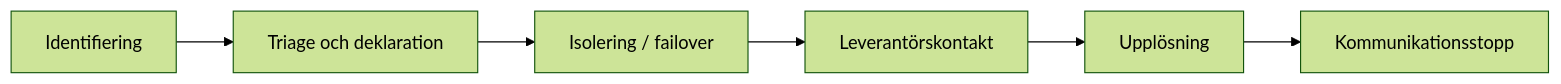
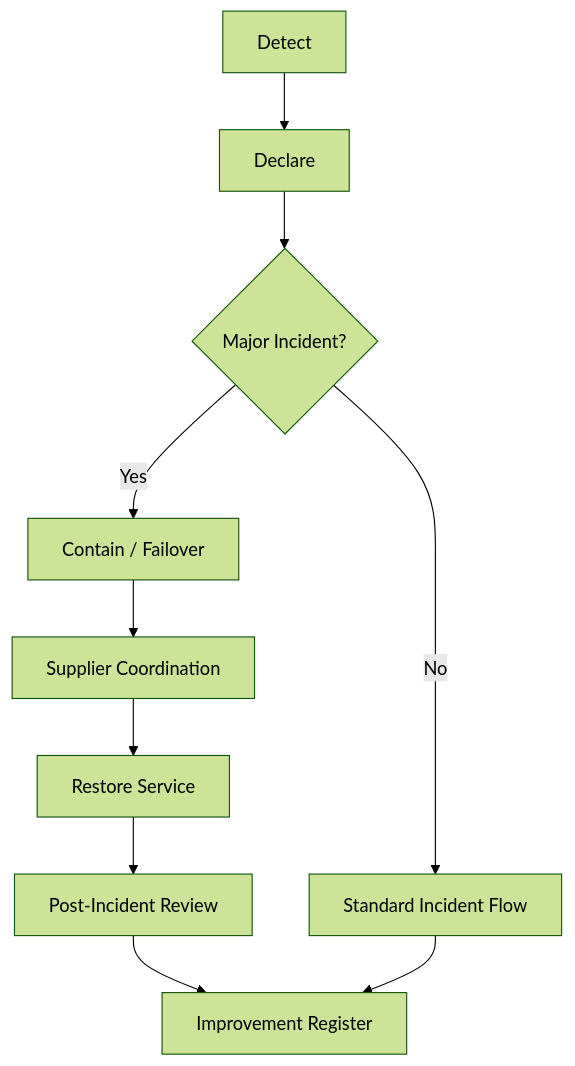
Before and after one commit to itsimonfredlingjack/nordiq-sejfa: the diagram in docs/03-operational-readiness.md, drawn with Mermaid (forest theme). The commit also changed other lines of this file and 4 other files, not shown here.

````diff
--- a/docs/03-operational-readiness.md
+++ b/docs/03-operational-readiness.md
@@ -34,8 +22,15 @@
 ```mermaid
-flowchart LR
-    A["Identifiering"] --> B["Triage och deklaration"]
-    B --> C["Isolering / failover"]
-    C --> D["Leverantörskontakt"]
-    D --> E["Upplösning"]
-    E --> F["Kommunikationsstopp"]
+flowchart TB
+    A["Detect"] --> B["Declare"]
+    B --> C{"Major Incident?"}
+
+    C -->|Yes| D["Contain / Failover"]
+    C -->|No| E["Standard Incident Flow"]
+
+    D --> F["Supplier Coordination"]
+    F --> G["Restore Service"]
+    G --> H["Post-Incident Review"]
+    H --> I["Improvement Register"]
+
+    E --> I
 ```
````
